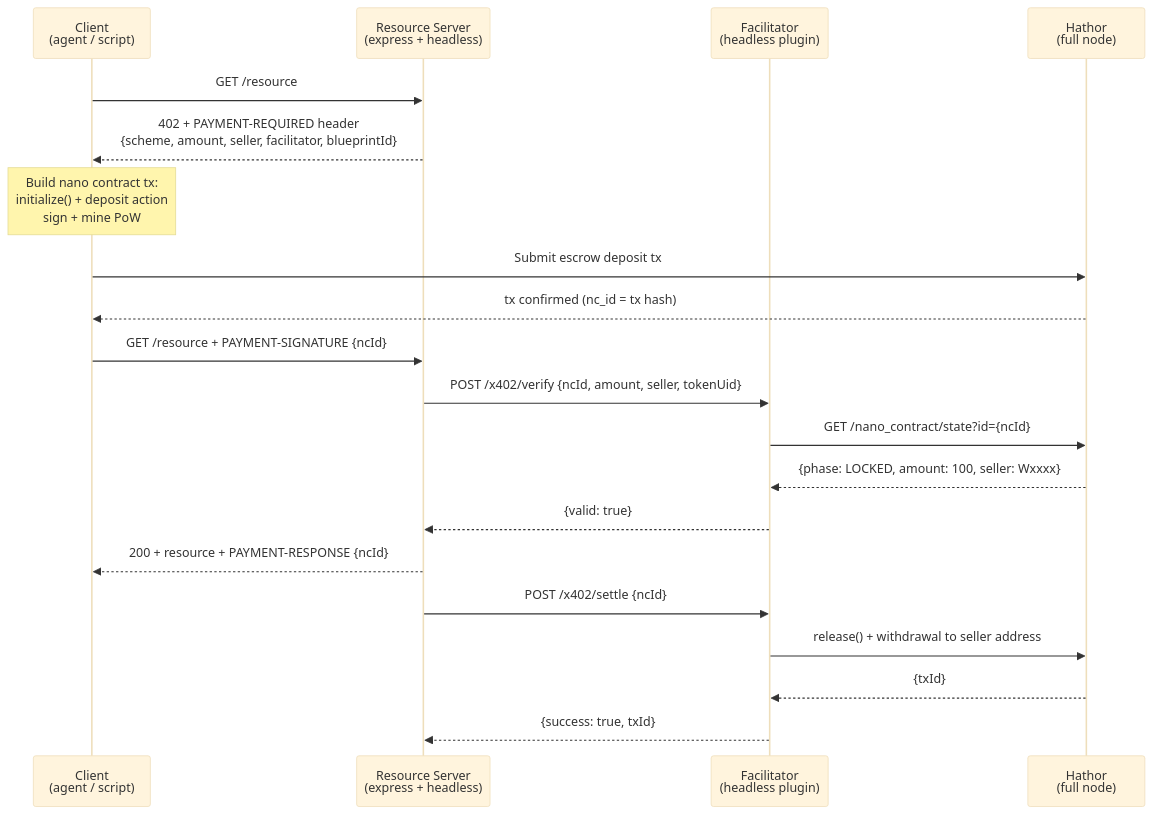
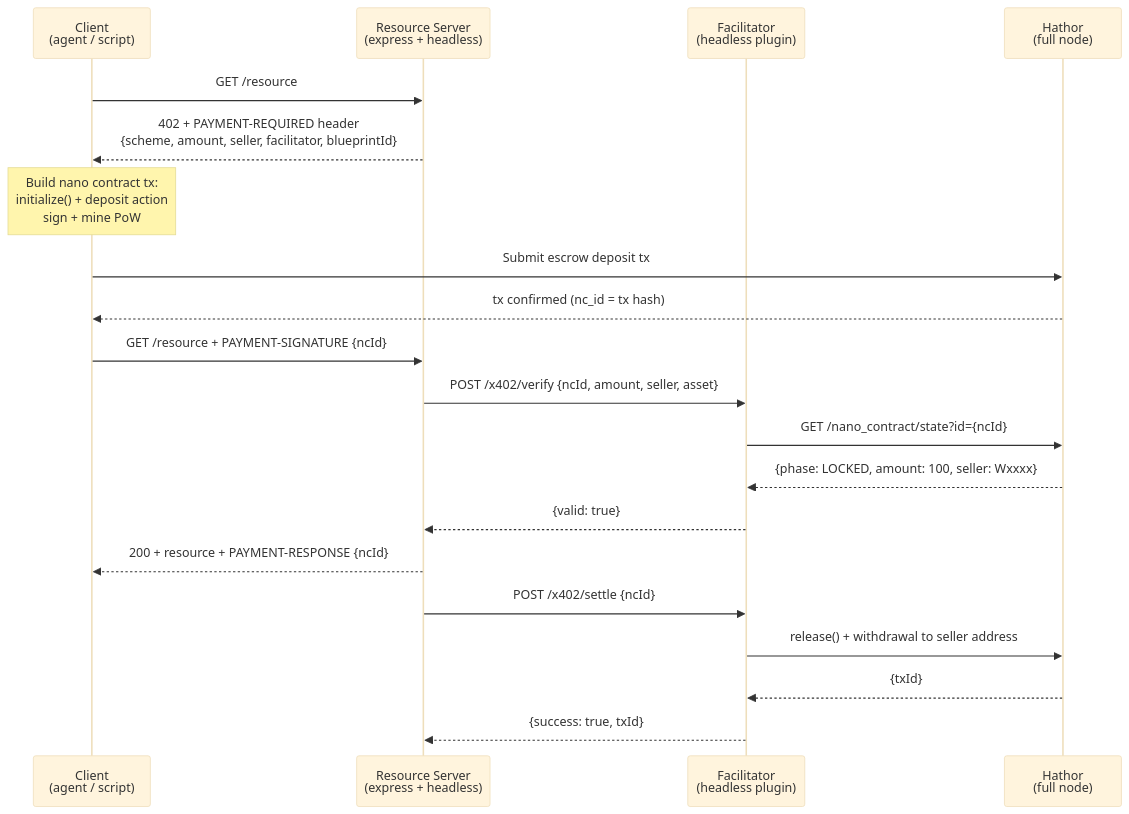
One commit to HathorNetwork/rfcs changed the fourth of 8 diagrams in projects/x402/0001-x402-support.md. Above: the diagram before and after it, drawn with Mermaid (base theme). The commit also changed other lines of this file, not shown here.

First line of the commit message:
rfc: add multi-token support, align with x402 asset field

````diff
--- a/projects/x402/0001-x402-support.md
+++ b/projects/x402/0001-x402-support.md
@@ -427,29 +427,29 @@
 ```mermaid
 sequenceDiagram
     participant C as Client<br/>(agent / script)
     participant S as Resource Server<br/>(express + headless)
     participant F as Facilitator<br/>(headless plugin)
     participant H as Hathor<br/>(full node)
 
     C->>S: GET /resource
     S-->>C: 402 + PAYMENT-REQUIRED header<br/>{scheme, amount, seller, facilitator, blueprintId}
 
     Note over C: Build nano contract tx:<br/>initialize() + deposit action<br/>sign + mine PoW
 
     C->>H: Submit escrow deposit tx
     H-->>C: tx confirmed (nc_id = tx hash)
 
     C->>S: GET /resource + PAYMENT-SIGNATURE {ncId}
 
-    S->>F: POST /x402/verify {ncId, amount, seller, tokenUid}
+    S->>F: POST /x402/verify {ncId, amount, seller, asset}
     F->>H: GET /nano_contract/state?id={ncId}
     H-->>F: {phase: LOCKED, amount: 100, seller: Wxxxx}
     F-->>S: {valid: true}
 
     S-->>C: 200 + resource + PAYMENT-RESPONSE {ncId}
 
     S->>F: POST /x402/settle {ncId}
     F->>H: release() + withdrawal to seller address
     H-->>F: {txId}
     F-->>S: {success: true, txId}
 ```
````
